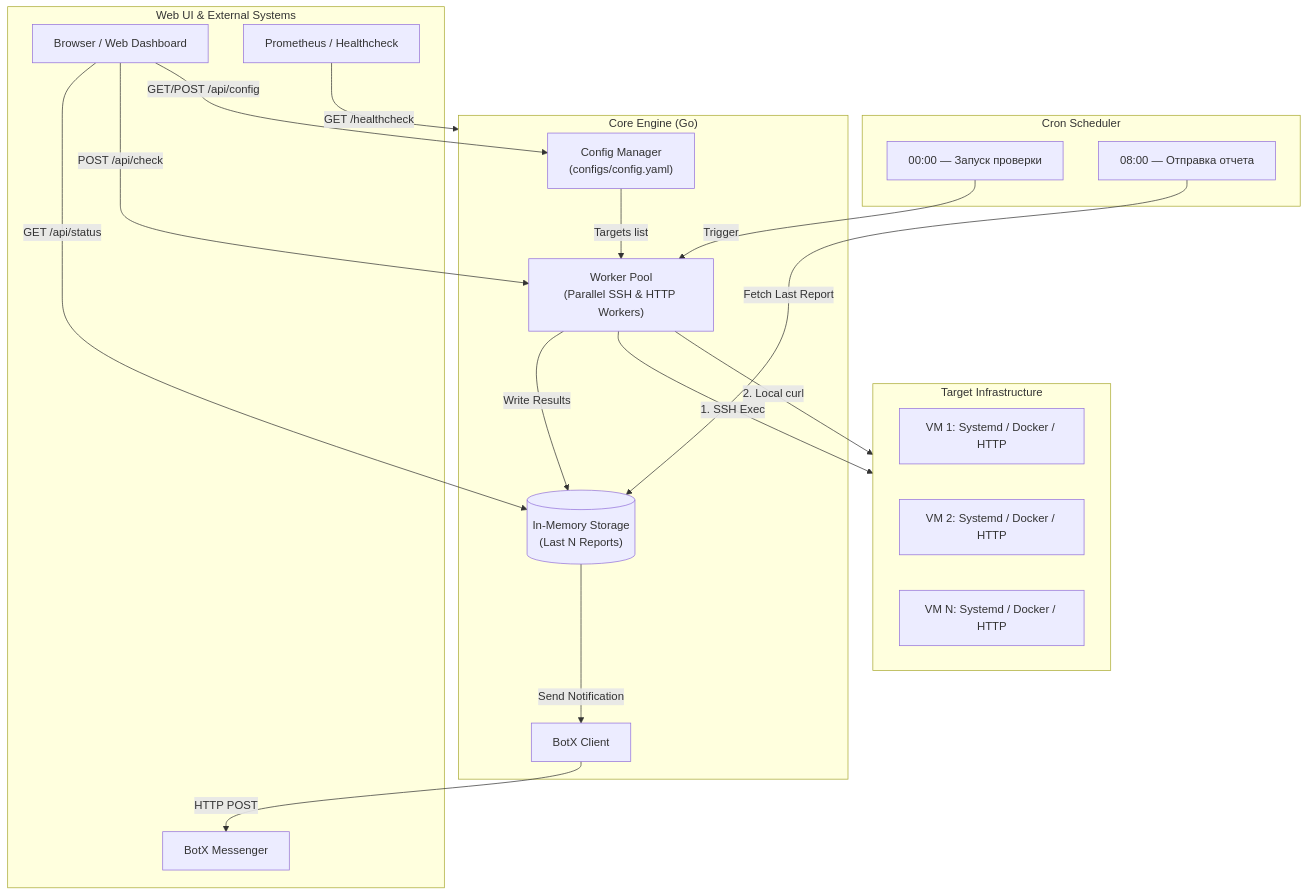
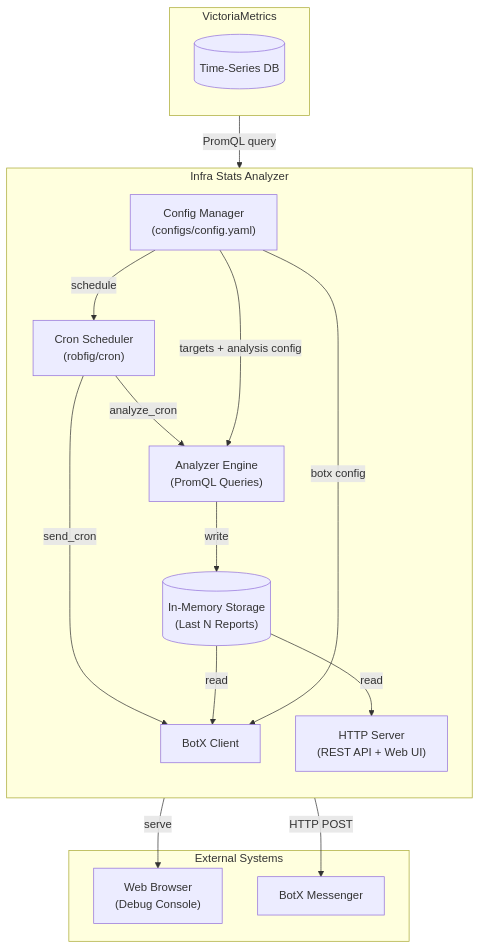
One commit to KatenKyoukotsu/infra-stats changed the diagram in docs/source/index.md. Above: the diagram before and after it, drawn with Mermaid. The commit also changed other lines of this file and 28 other files, not shown here.

````diff
--- a/docs/source/index.md
+++ b/docs/source/index.md
@@ -11,43 +9,34 @@
 ```mermaid
 flowchart TD
-    subgraph Scheduler["Cron Scheduler"]
-        CronCheck["00:00 — Запуск проверки"]
-        CronSend["08:00 — Отправка отчета"]
+    subgraph VM["VictoriaMetrics"]
+        direction TB
+        TSDB[("Time-Series DB")]
     end
 
-    subgraph Core["Core Engine (Go)"]
-        ConfigMgr["Config Manager\n(configs/config.yaml)"]
-        WorkerPool["Worker Pool\n(Parallel SSH & HTTP Workers)"]
+    subgraph InfraStats["Infra Stats Analyzer"]
+        direction TB
+        Config["Config Manager\n(configs/config.yaml)"]
+        Engine["Analyzer Engine\n(PromQL Queries)"]
         Storage[("In-Memory Storage\n(Last N Reports)")]
-        BotXClient["BotX Client"]
+        Scheduler["Cron Scheduler\n(robfig/cron)"]
+        Notifier["BotX Client"]
+        HTTP["HTTP Server\n(REST API + Web UI)"]
     end
 
-    subgraph Targets["Target Infrastructure"]
-        VM1["VM 1: Systemd / Docker / HTTP"]
-        VM2["VM 2: Systemd / Docker / HTTP"]
-        VMN["VM N: Systemd / Docker / HTTP"]
+    subgraph External["External Systems"]
+        Browser["Web Browser\n(Debug Console)"]
+        BotX["BotX Messenger"]
     end
 
-    subgraph WebUI["Web UI & External Systems"]
-        Browser["Browser / Web Dashboard"]
-        Prometheus["Prometheus / Healthcheck"]
-        BotXApp["BotX Messenger"]
-    end
-
-    %% Flow connections
-    CronCheck -->|Trigger| WorkerPool
-    CronSend -->|Fetch Last Report| Storage
-    Storage -->|Send Notification| BotXClient
-    BotXClient -->|HTTP POST| BotXApp
-
-    ConfigMgr -->|Targets list| WorkerPool
-    WorkerPool -->|1. SSH Exec| Targets
-    WorkerPool -->|2. Local curl| Targets
-    WorkerPool -->|Write Results| Storage
-
-    Browser -->|GET /api/status| Storage
-    Browser -->|POST /api/check| WorkerPool
-    Browser -->|GET/POST /api/config| ConfigMgr
-    Prometheus -->|GET /healthcheck| Core
-
+    VM -->|"PromQL query"| Engine
+    Scheduler -->|"analyze_cron"| Engine
+    Scheduler -->|"send_cron"| Notifier
+    Engine -->|"write"| Storage
+    Storage -->|"read"| Notifier
+    Storage -->|"read"| HTTP
+    HTTP -->|"serve"| Browser
+    Notifier -->|"HTTP POST"| BotX
+    Config -->|"targets + analysis config"| Engine
+    Config -->|"schedule"| Scheduler
+    Config -->|"botx config"| Notifier
 ```
````
